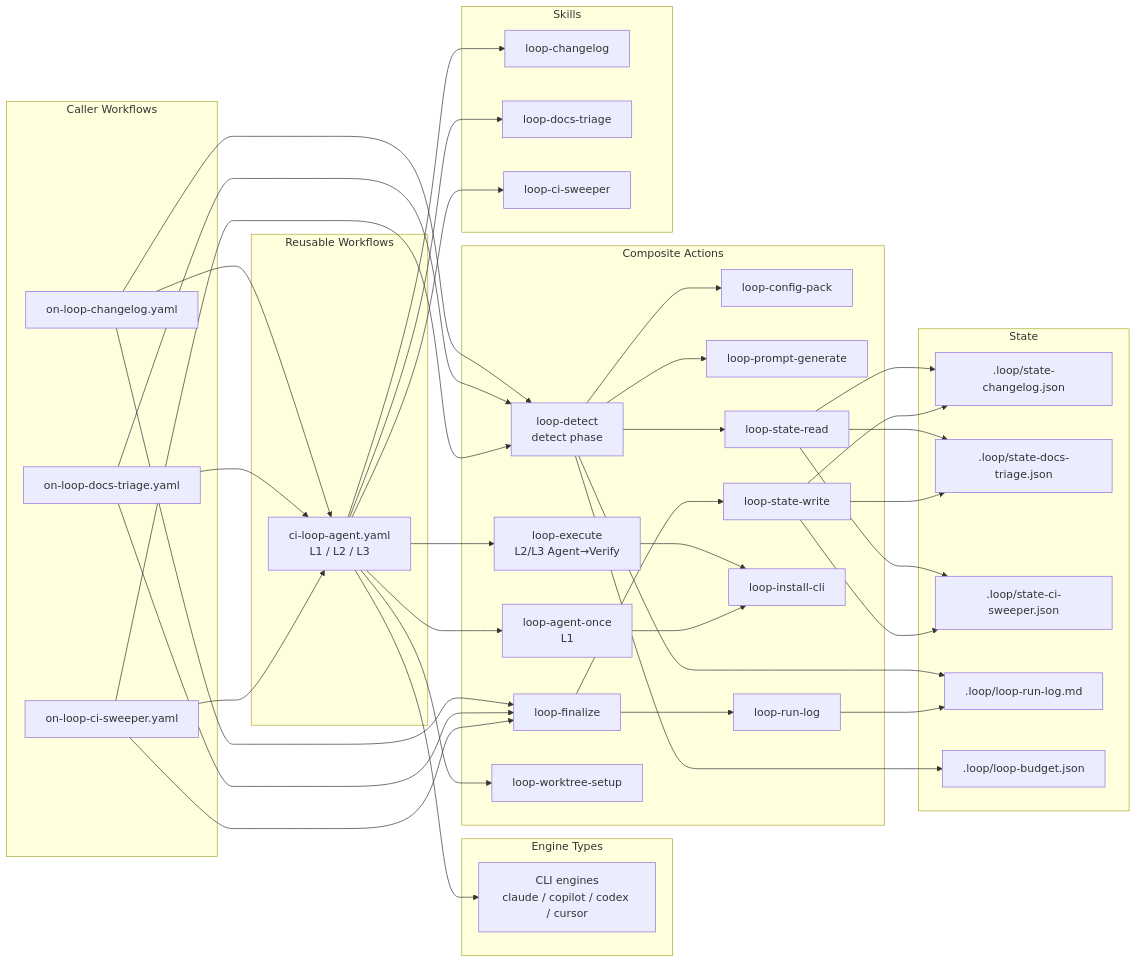
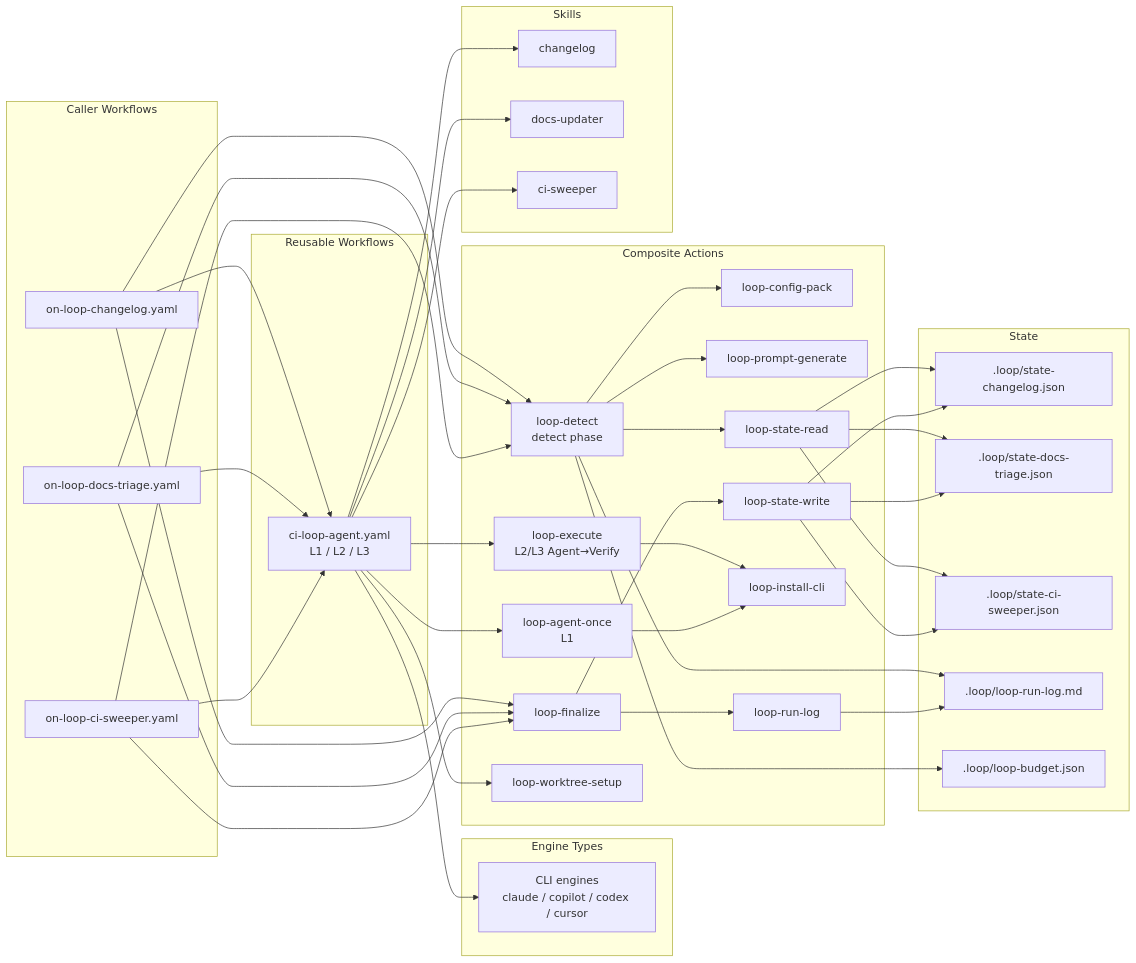
The second of 3 diagrams in docs/explanation/loop-engineering/loop-engineering-design.md (y-miyazaki/config), drawn with Mermaid before and after one commit. The commit also changed other lines of this file and 11 other files, not shown here.

```diff
--- a/docs/explanation/loop-engineering/loop-engineering-design.md
+++ b/docs/explanation/loop-engineering/loop-engineering-design.md
@@ -288,9 +302,9 @@
 
     %% Skills
     subgraph skills["Skills"]
-        SK1[loop-changelog]
-        SK2[loop-docs-triage]
-        SK3[loop-ci-sweeper]
+        SK1[changelog]
+        SK2[docs-updater]
+        SK3[ci-sweeper]
     end
 
     %% State
```
